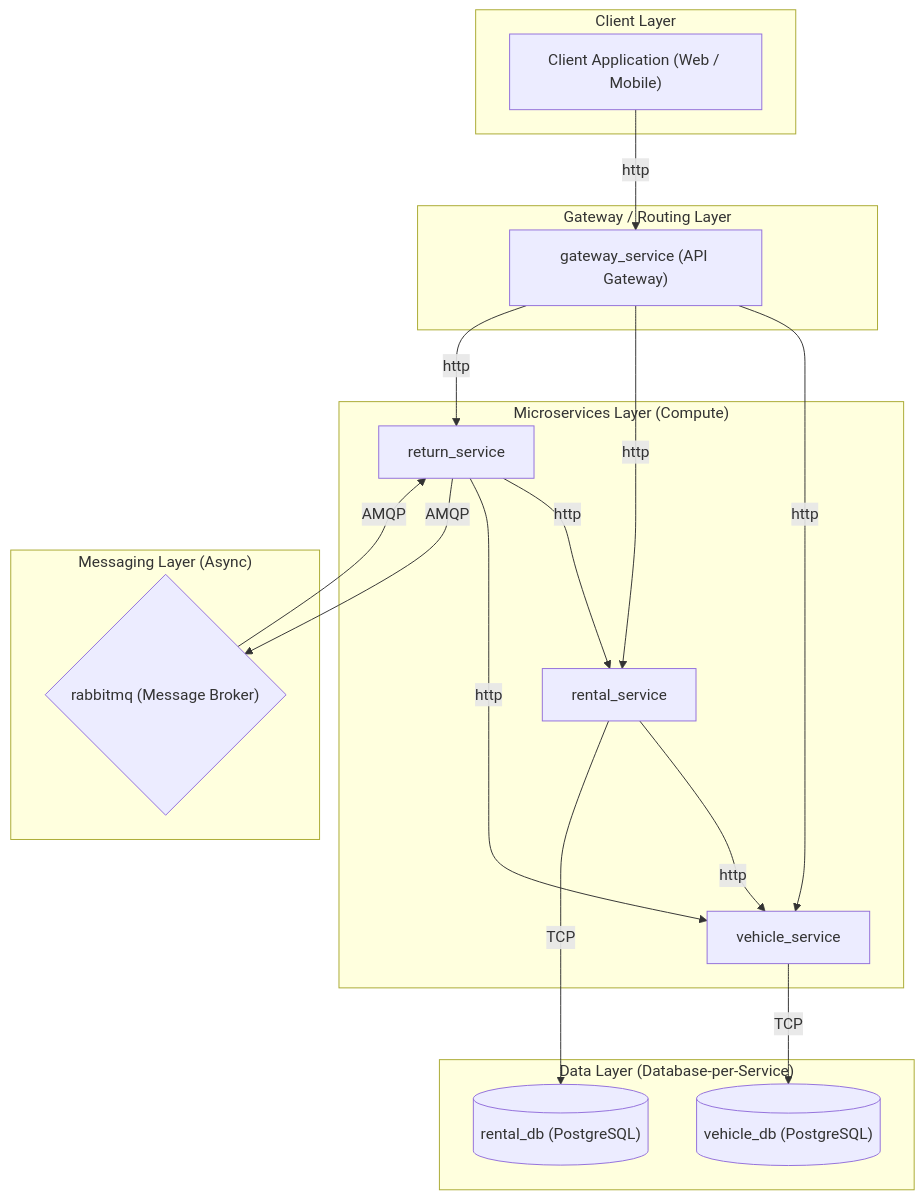
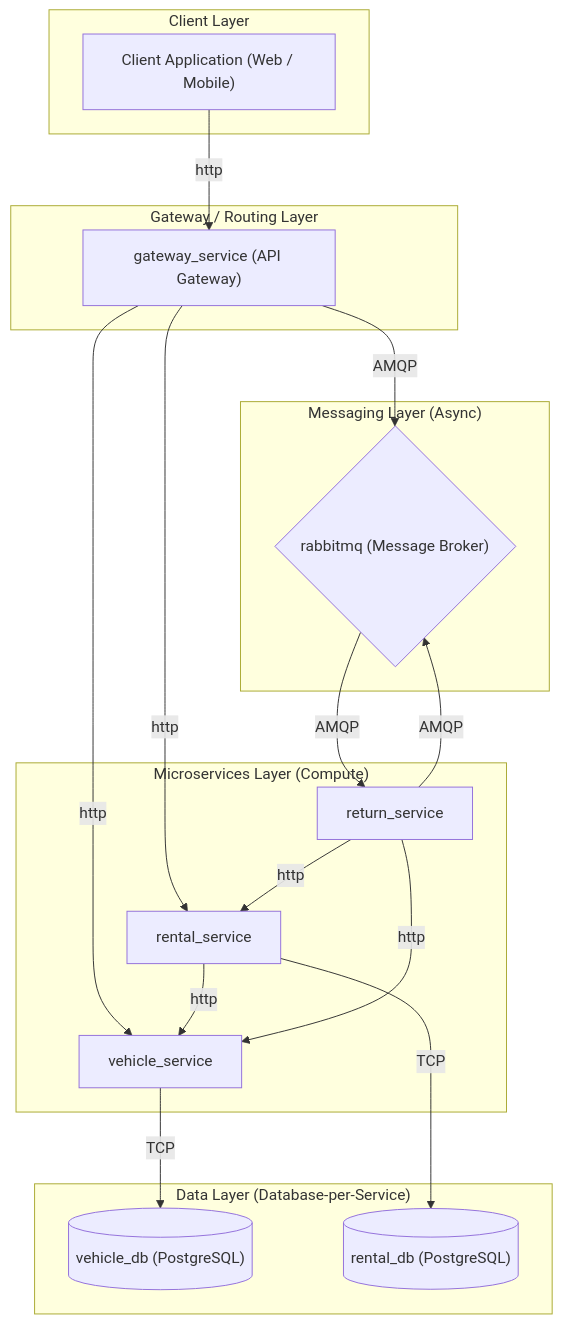
The diagram in docs/designed_architecture.md (RanWeissman/Deliverables), drawn with Mermaid before and after one commit. The commit also changed 9 other files, not shown here.

````diff
--- a/docs/designed_architecture.md
+++ b/docs/designed_architecture.md
@@ -1,56 +1,60 @@
 ```mermaid
 graph TD
     %% Client Layer
     subgraph "Client Layer"
         Client["Client Application (Web / Mobile)"]
     end
 
     %% Gateway / Routing Layer
     subgraph "Gateway / Routing Layer"
         GatewayService["gateway_service (API Gateway)"]
     end
 
     %% Microservices Layer
     subgraph "Microservices Layer (Compute)"
         VehicleService["vehicle_service"]
         RentalService["rental_service"]
         ReturnService["return_service"]
     end
 
     %% Messaging Layer
     subgraph "Messaging Layer (Async)"
         RabbitMQ{"rabbitmq (Message Broker)"}
     end
 
     %% Data Layer
     subgraph "Data Layer (Database-per-Service)"
         VehicleDB[("vehicle_db (PostgreSQL)")]
         RentalDB[("rental_db (PostgreSQL)")]
     end
 
     %% Connections & Flows
 
     %% Client -> Gateway
     Client -- http --> GatewayService
 
     %% Gateway -> Microservices (Synchronous)
     GatewayService -- http --> VehicleService
     GatewayService -- http --> RentalService
-    GatewayService -- http --> ReturnService
 
     %% Microservice -> Microservice (Synchronous HTTP)
     RentalService -- http --> VehicleService
     ReturnService -- http --> RentalService
     ReturnService -- http --> VehicleService
 
-    %% Microservices <-> Messaging Layer (Asynchronous AMQP)
-    ReturnService -- AMQP --> RabbitMQ
+    %% Gateway -> Messaging Layer (Asynchronous)
+    GatewayService -- AMQP --> RabbitMQ
+
+    %% Messaging Layer -> Microservices (Asynchronous Consumer)
     RabbitMQ -- AMQP --> ReturnService
     
-    %% Note: Other services may publish to RabbitMQ, 
-    %% but return_service is explicitly connected via RABBITMQ_URI
+    %% Microservices -> Messaging Layer (Retries / DLQ)
+    ReturnService -- AMQP --> RabbitMQ
+    
+    %% Note: gateway_service publishes ReturnRequests to RabbitMQ.
+    %% return_service consumes these messages and may publish back for retries.
 
     %% Microservices -> Data Layer
     VehicleService -- TCP --> VehicleDB
     RentalService -- TCP --> RentalDB
 ```
````
